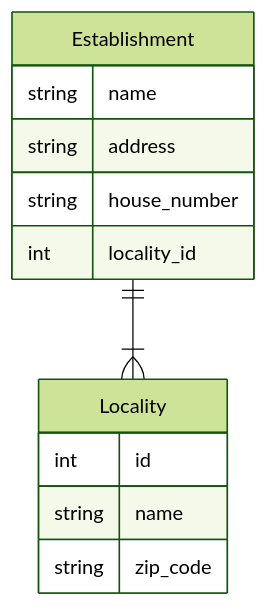
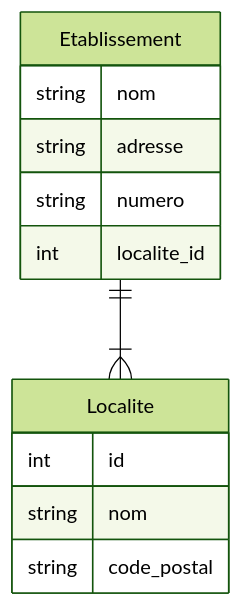
One commit to Team-Panoptes/classes changed the diagram in Team Panoptes Classes/Analyse de base de données/Qu'est-ce qu'une base de données.md. Above: the diagram before and after it, drawn with Mermaid. The commit also changed other lines of this file and 24 other files, not shown here.

````diff
--- a/Team Panoptes Classes/Analyse de base de données/Qu'est-ce qu'une base de données.md
+++ b/Team Panoptes Classes/Analyse de base de données/Qu'est-ce qu'une base de données.md
@@ -95,21 +93,21 @@
 ```mermaid
 ---
 config:
   theme: 'forest'
 ---
 erDiagram
-Establishment ||--|{ Locality : " " 
+Etablissement ||--|{ Localite : " " 
 
-Locality {
+Localite {
 	int id
-	string name
-	string zip_code
+	string nom
+	string code_postal
 }
 
-Establishment {
-	string name
-	string address
-	string house_number
-	int locality_id
+Etablissement {
+	string nom
+	string adresse
+	string numero
+	int localite_id
 }
 ```
````
